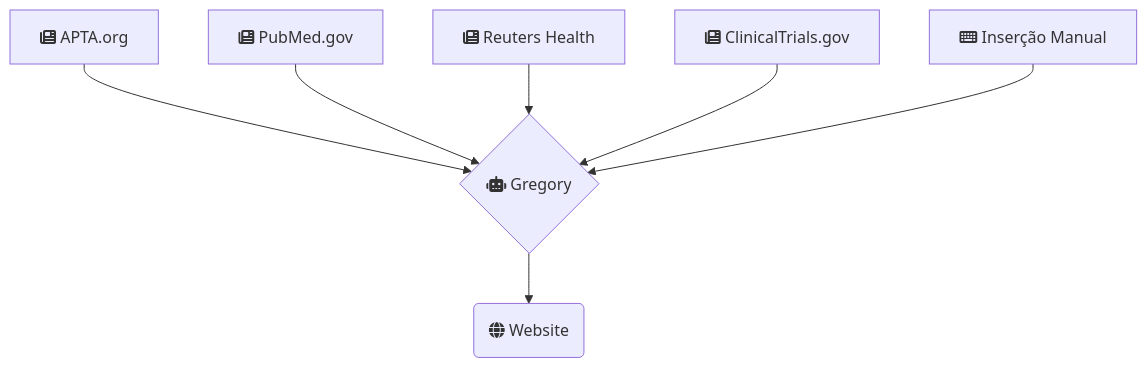
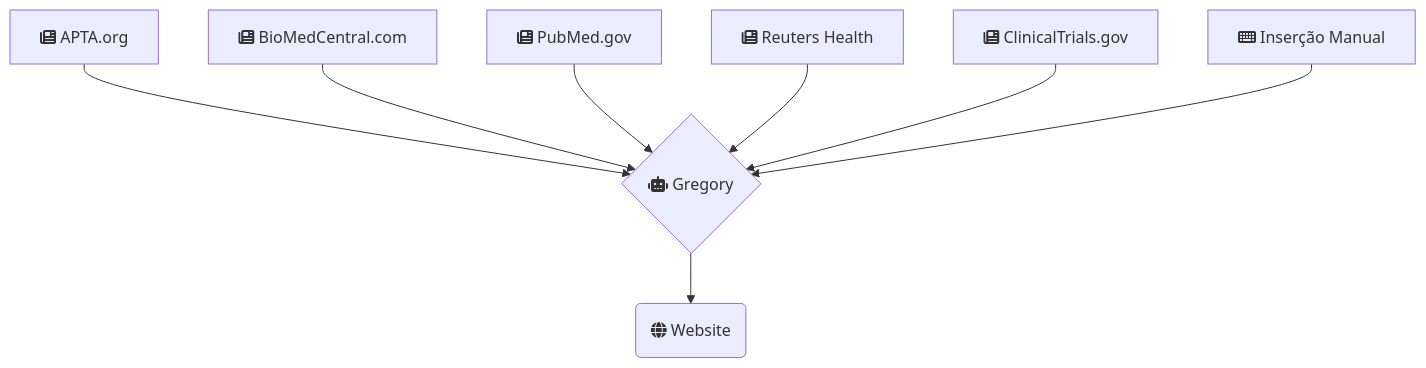
One commit to brunoamaral/gregory-ai changed the diagram in content/about/index.md. Above: the diagram before and after it, drawn with Mermaid.

Commit message:
add new source

````diff
--- a/content/about/index.md
+++ b/content/about/index.md
@@ -41,9 +41,10 @@
 ```mermaid
 graph TD;
     APTA[fa:fa-newspaper APTA.org] -->Gregory;
+    BioMedCentral[fa:fa-newspaper BioMedCentral.com] -->Gregory;
     PubMed[fa:fa-newspaper PubMed.gov] -->Gregory;
     Reuters[fa:fa-newspaper Reuters Health]-->Gregory;
     ClinicalTrials[fa:fa-newspaper ClinicalTrials.gov]-->Gregory;
     Manual[fa:fa-keyboard Inserção Manual]-->Gregory;
     Gregory{fa:fa-robot Gregory}-->Website(fa:fa-globe Website)
 ```
````
